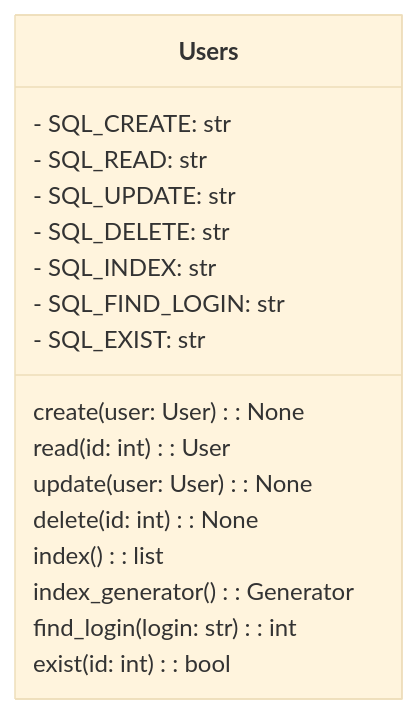
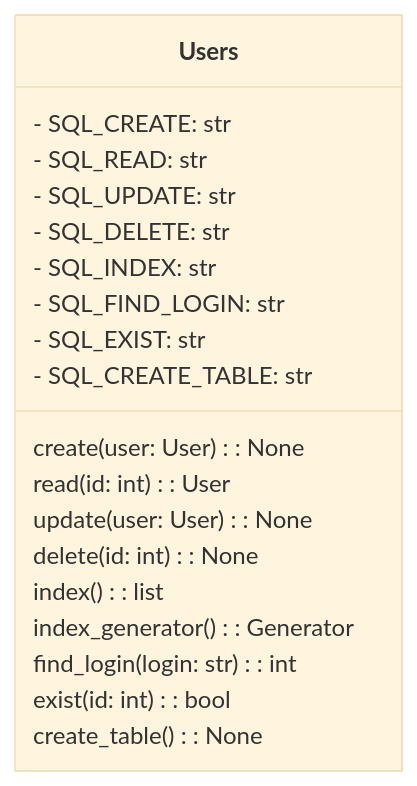
Before and after one commit to fabrice1618/user_python: the third of 4 diagrams in readme.md, drawn with Mermaid (base theme). The commit also changed other lines of this file and 7 other files, not shown here.

````diff
--- a/readme.md
+++ b/readme.md
@@ -45,21 +43,23 @@
 ```mermaid
 classDiagram
     class Users {
         - SQL_CREATE: str
         - SQL_READ: str
         - SQL_UPDATE: str
         - SQL_DELETE: str
         - SQL_INDEX: str
         - SQL_FIND_LOGIN: str
         - SQL_EXIST: str
+        - SQL_CREATE_TABLE: str
         create(user: User): None
         read(id: int): User
         update(user: User): None
         delete(id: int): None
         index(): list
         index_generator(): Generator
         find_login(login: str): int
         exist(id: int): bool
+        create_table(): None
     }
 
 ```
````
